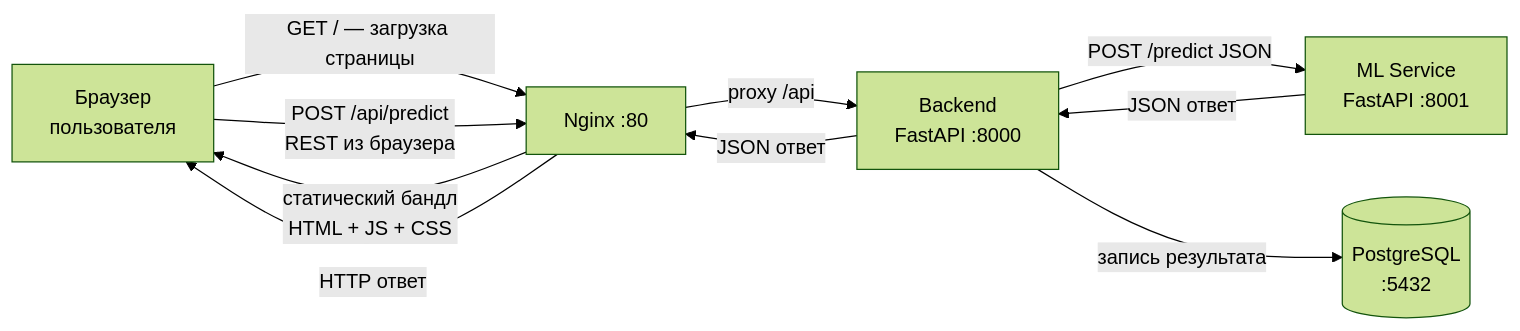
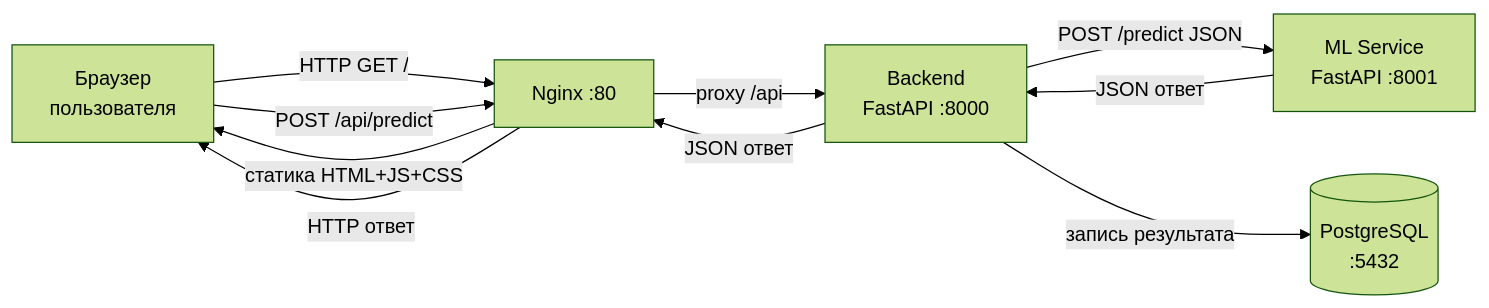
The second of 2 diagrams in docs/lab1.md (Sypoo1/mtuci-piis), drawn with Mermaid (forest theme) before and after one commit. The commit also changed other lines of this file, not shown here.

````diff
--- a/docs/lab1.md
+++ b/docs/lab1.md
@@ -179,12 +184,12 @@
 ```mermaid
 graph LR
-    A[Браузер\nпользователя] -->|GET / — загрузка страницы| B[Nginx :80]
-    B -->|статический бандл\nHTML + JS + CSS| A
-    A -->|POST /api/predict\nREST из браузера| B
+    A[Браузер\nпользователя] -->|HTTP GET /| B[Nginx :80]
+    B -->|статика HTML+JS+CSS| A
+    A -->|POST /api/predict| B
     B -->|proxy /api| C[Backend\nFastAPI :8000]
     C -->|POST /predict JSON| D[ML Service\nFastAPI :8001]
     D -->|JSON ответ| C
     C -->|запись результата| F[(PostgreSQL\n:5432)]
     C -->|JSON ответ| B
     B -->|HTTP ответ| A
 ```
````
